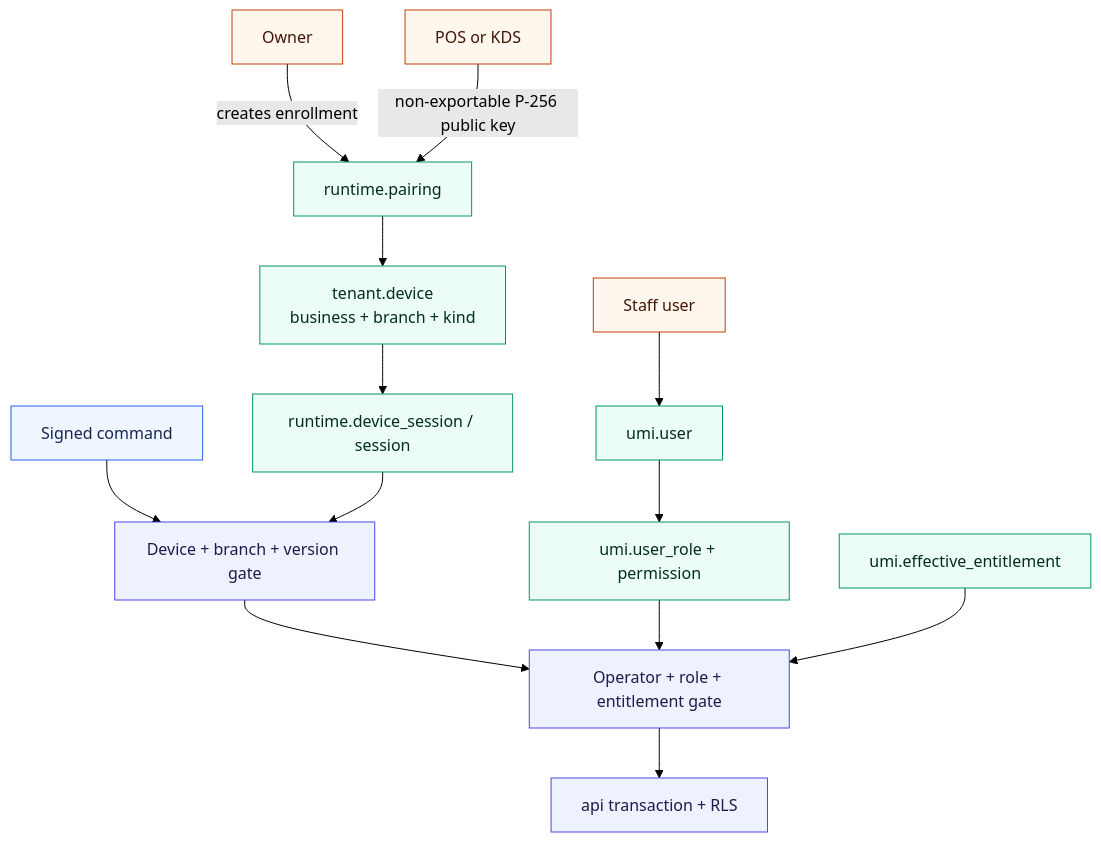
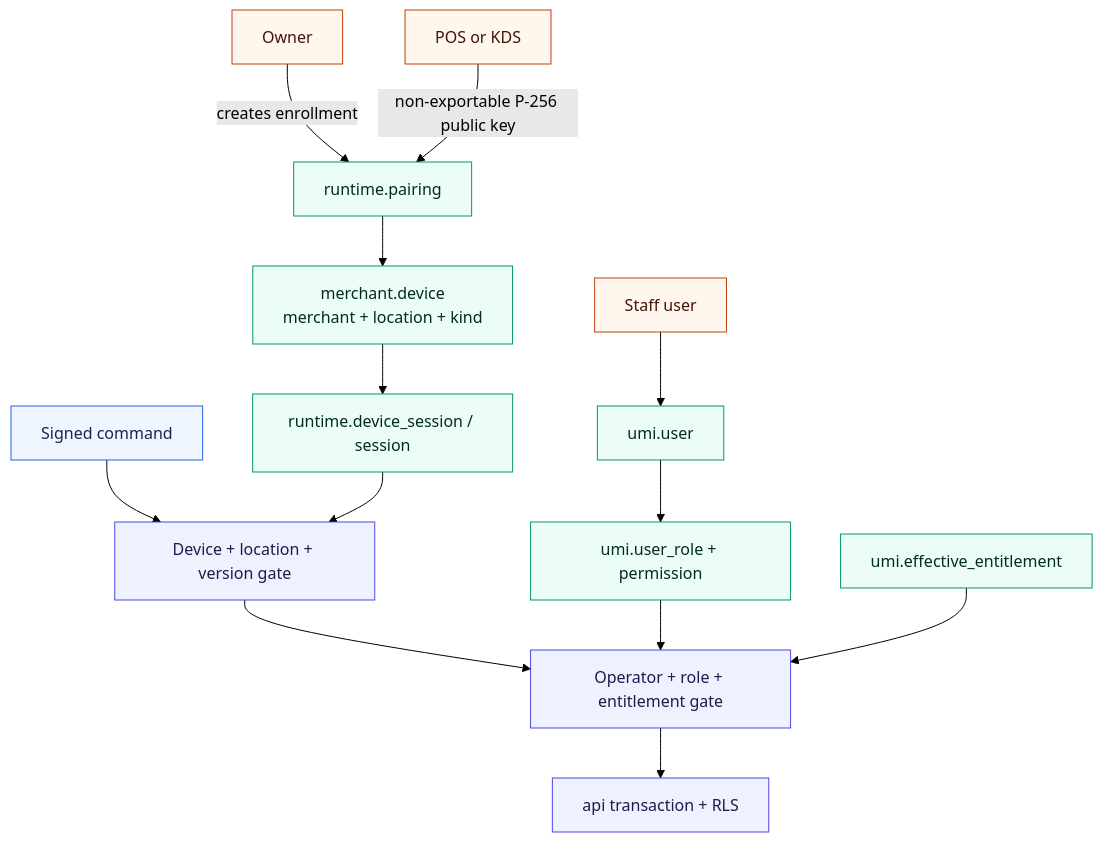
Diagram 15 of 17 in docs/architecture/umi-platform-architecture-presentation.md (umiconsulting/umi), drawn with Mermaid (forest theme) before and after one commit. The commit also changed other lines of this file and 214 other files, not shown here.

````diff
--- a/docs/architecture/umi-platform-architecture-presentation.md
+++ b/docs/architecture/umi-platform-architecture-presentation.md
@@ -692,22 +692,22 @@
 ```mermaid
 flowchart TB
   classDef actor fill:#fff7ed,stroke:#c2410c,color:#431407
   classDef proof fill:#eff6ff,stroke:#2563eb,color:#172554
   classDef gate fill:#eef2ff,stroke:#4f46e5,color:#1e1b4b
   classDef data fill:#ecfdf5,stroke:#059669,color:#022c22
 
   Owner["Owner"]:::actor -->|"creates enrollment"| Pair["runtime.pairing"]:::data
   Device["POS or KDS"]:::actor -->|"non-exportable P-256 public key"| Pair
-  Pair --> Registered["tenant.device<br/>business + branch + kind"]:::data
+  Pair --> Registered["merchant.device<br/>merchant + location + kind"]:::data
   Registered --> Session["runtime.device_session / session"]:::data
 
   User["Staff user"]:::actor --> Login["umi.user"]:::data
   Login --> Role["umi.user_role + permission"]:::data
 
-  Command["Signed command"]:::proof --> DeviceGate["Device + branch + version gate"]:::gate
+  Command["Signed command"]:::proof --> DeviceGate["Device + location + version gate"]:::gate
   Session --> DeviceGate
   DeviceGate --> UserGate["Operator + role + entitlement gate"]:::gate
   Role --> UserGate
   Entitlement["umi.effective_entitlement"]:::data --> UserGate
   UserGate --> RLS["api transaction + RLS"]:::gate
 ```
````
